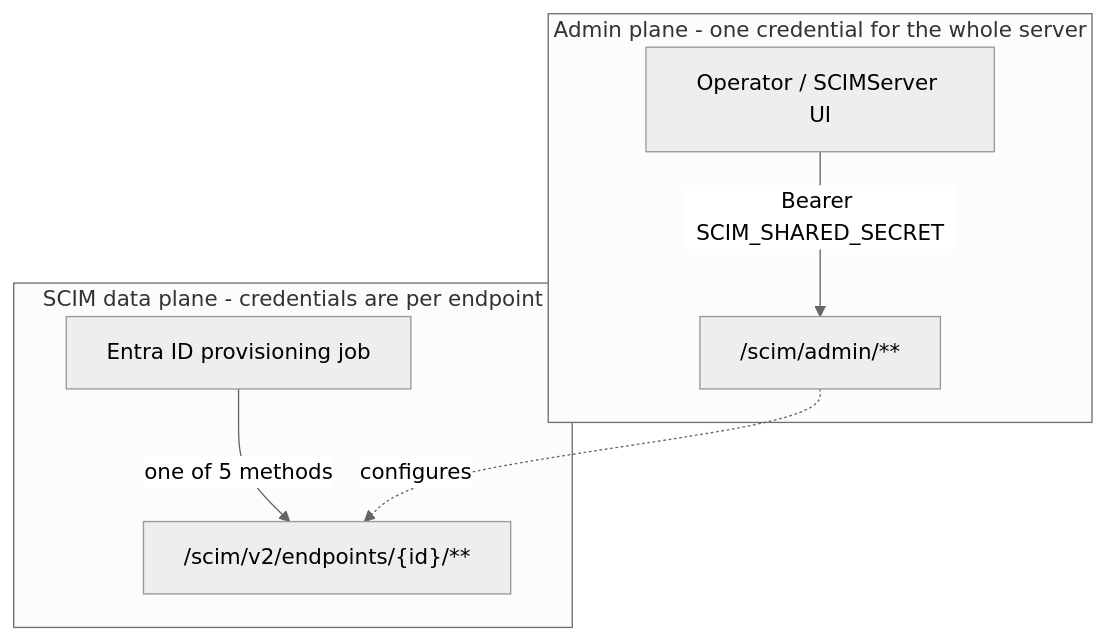
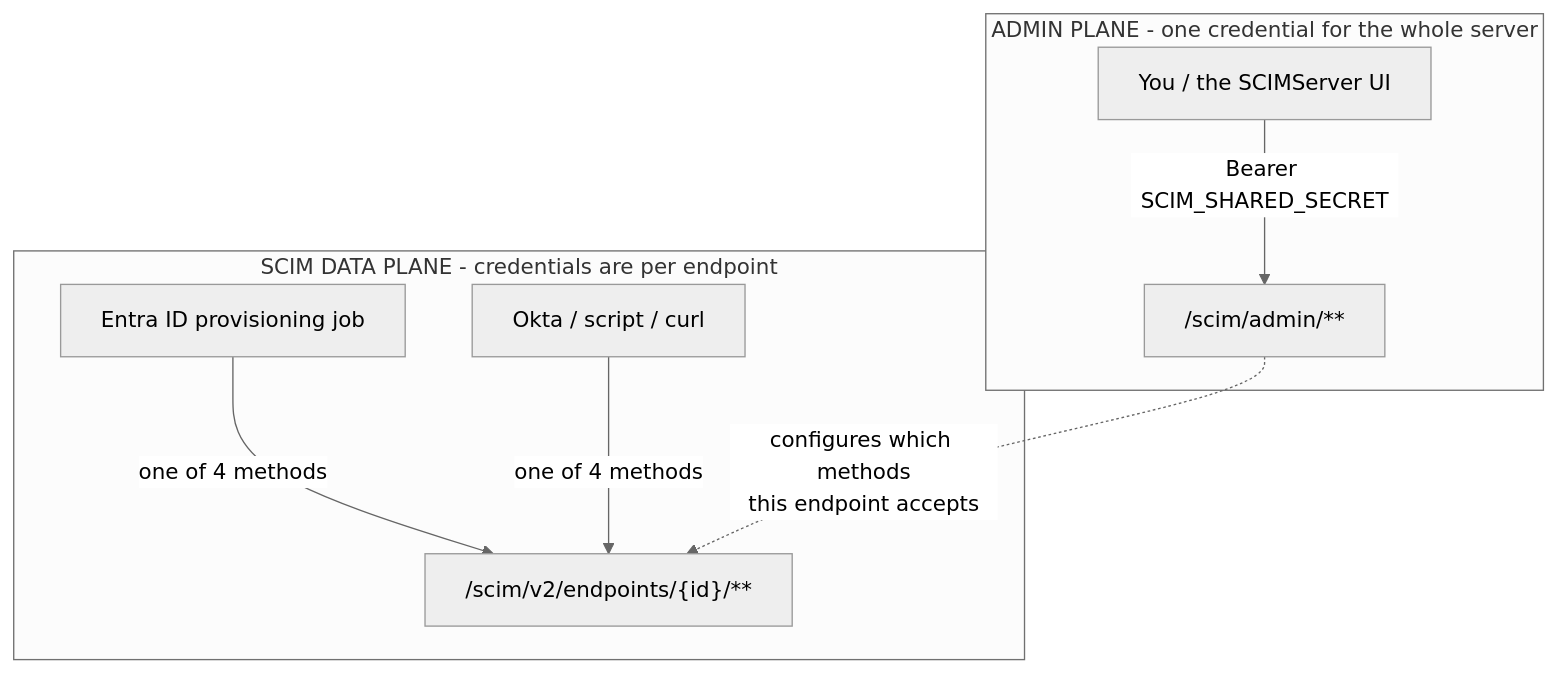
The first of 4 diagrams in docs/AUTHENTICATION_GUIDE.md (pranems/SCIMServer), drawn with Mermaid (neutral theme) before and after one commit. The commit also changed other lines of this file and 6 other files, not shown here.

````diff
--- a/docs/AUTHENTICATION_GUIDE.md
+++ b/docs/AUTHENTICATION_GUIDE.md
@@ -18,10 +36,11 @@
 ```mermaid
 flowchart TD
-    subgraph Admin["Admin plane - one credential for the whole server"]
-        A1["Operator / SCIMServer UI"] -->|"Bearer SCIM_SHARED_SECRET"| A2["/scim/admin/**"]
+    subgraph Admin["ADMIN PLANE - one credential for the whole server"]
+        A1["You / the SCIMServer UI"] -->|"Bearer SCIM_SHARED_SECRET"| A2["/scim/admin/**"]
     end
-    subgraph Data["SCIM data plane - credentials are per endpoint"]
-        B1["Entra ID provisioning job"] -->|"one of 5 methods"| B2["/scim/v2/endpoints/{id}/**"]
+    subgraph Data["SCIM DATA PLANE - credentials are per endpoint"]
+        B1["Entra ID provisioning job"] -->|"one of 4 methods"| B2["/scim/v2/endpoints/{id}/**"]
+        B3["Okta / script / curl"] -->|"one of 4 methods"| B2
     end
-    A2 -.->|"configures"| B2
+    A2 -.->|"configures which methods<br/>this endpoint accepts"| B2
 ```
````
